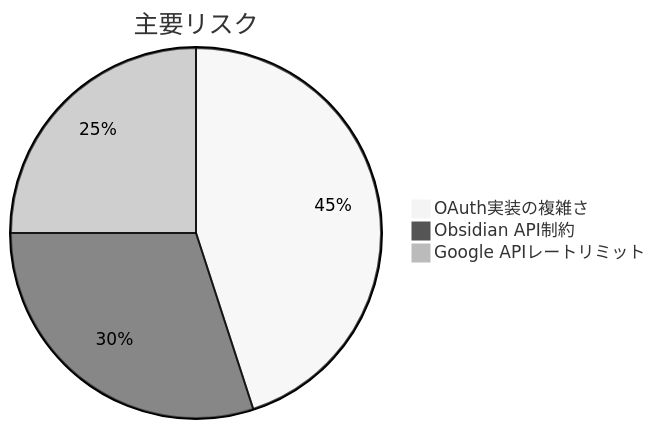
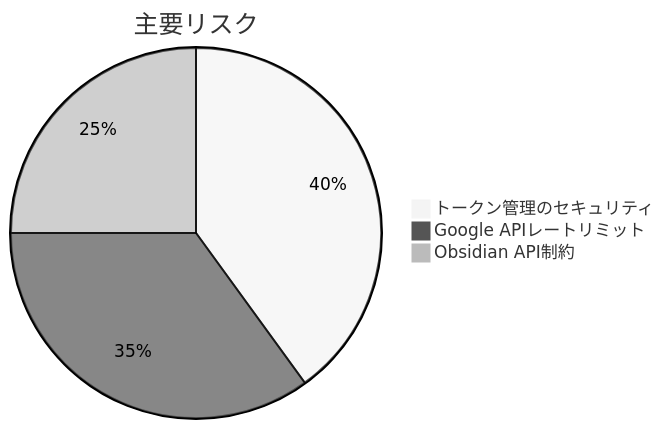
Before and after one commit to Mekann2904/obsidian-google-calendar-tasks-sync-plugin: the diagram in memory-bank/progress.md, drawn with Mermaid (neutral theme). The commit also changed other lines of this file and 4 other files, not shown here.

````diff
--- a/memory-bank/progress.md
+++ b/memory-bank/progress.md
@@ -14,7 +16,7 @@
 ```mermaid
 pie
     title 主要リスク
-    "OAuth実装の複雑さ" : 45
-    "Obsidian API制約" : 30
-    "Google APIレートリミット" : 25
+    "トークン管理のセキュリティ" : 40
+    "Google APIレートリミット" : 35
+    "Obsidian API制約" : 25
 ```
````
